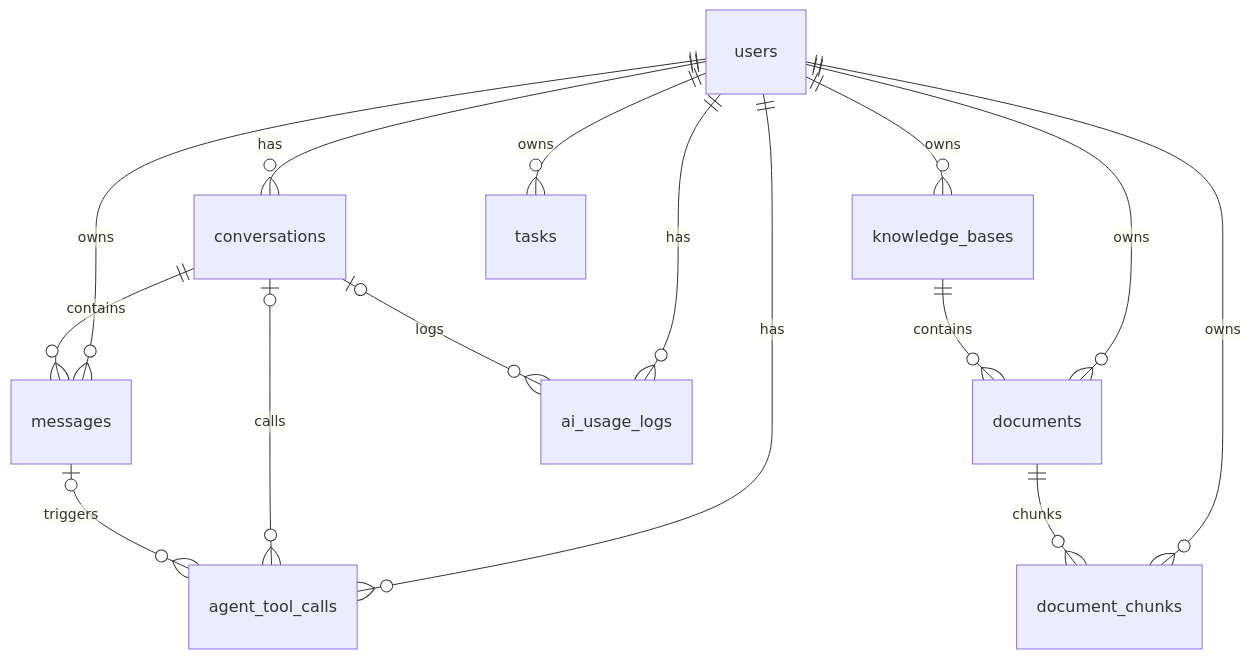
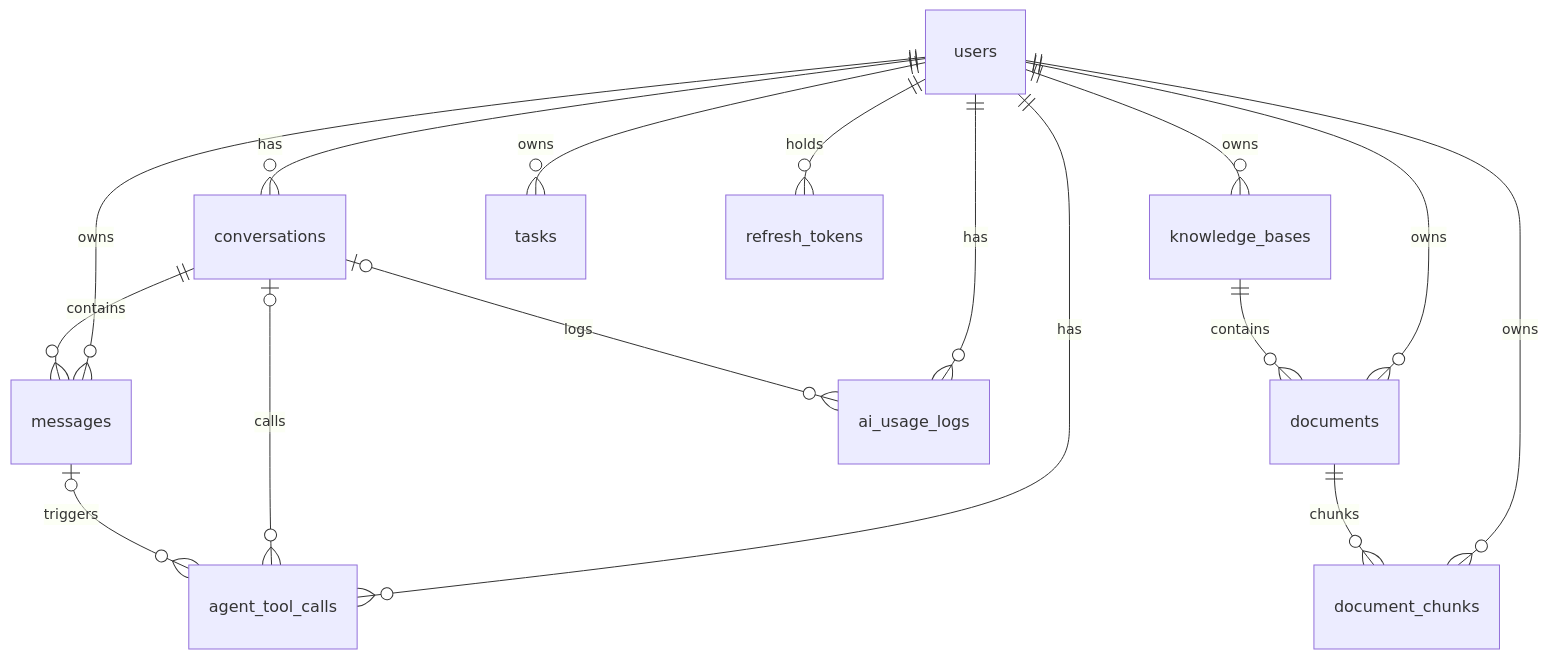
The diagram in docs/database.md (puppyzjm/ai-brain), drawn with Mermaid before and after one commit. The commit also changed other lines of this file and 4 other files, not shown here.

First line of the commit message:
docs: refresh README/api/architecture/database for OCR, hybrid search, vision & refresh-token

````diff
--- a/docs/database.md
+++ b/docs/database.md
@@ -8,19 +8,20 @@
 ```mermaid
 erDiagram
     users ||--o{ conversations : has
     users ||--o{ messages : owns
     users ||--o{ knowledge_bases : owns
     users ||--o{ documents : owns
     users ||--o{ document_chunks : owns
     users ||--o{ tasks : owns
     users ||--o{ ai_usage_logs : has
     users ||--o{ agent_tool_calls : has
+    users ||--o{ refresh_tokens : holds
 
     conversations ||--o{ messages : contains
     conversations o|--o{ ai_usage_logs : logs
     conversations o|--o{ agent_tool_calls : calls
 
     knowledge_bases ||--o{ documents : contains
     documents ||--o{ document_chunks : chunks
     messages o|--o{ agent_tool_calls : triggers
 ```
````
